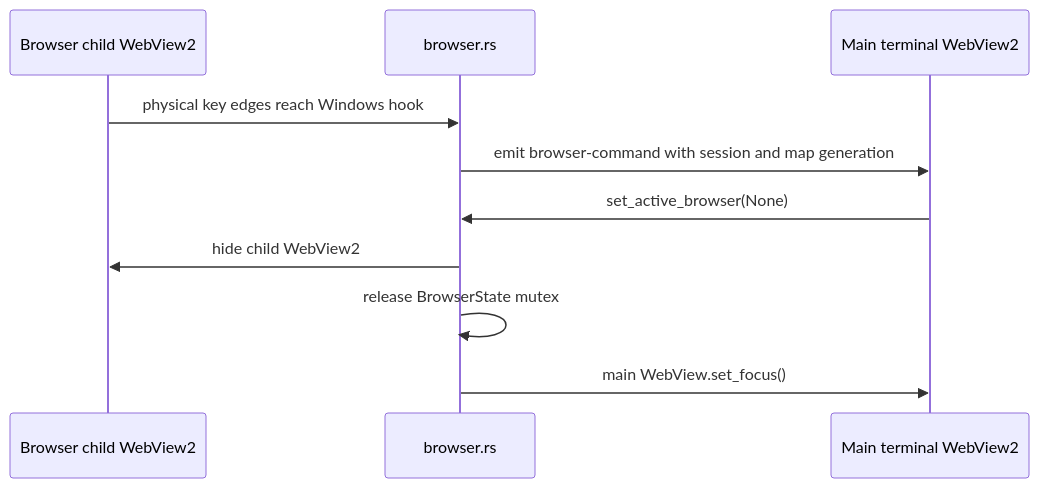
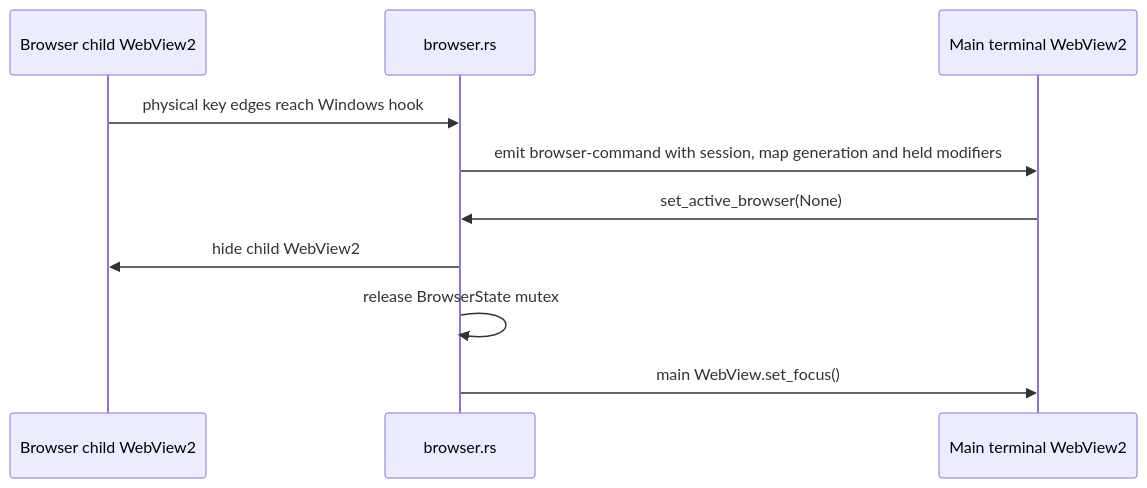
Before and after one commit to z-hunter/Scanline-Term: the fourth of 7 diagrams in docs/02-architecture.md, drawn with Mermaid. The commit also changed other lines of this file and 8 other files, not shown here.

````diff
--- a/docs/02-architecture.md
+++ b/docs/02-architecture.md
@@ -202,13 +202,13 @@
 ```mermaid
 sequenceDiagram
     participant Browser as Browser child WebView2
     participant Rust as browser.rs
     participant Main as Main terminal WebView2
 
     Browser->>Rust: physical key edges reach Windows hook
-    Rust->>Main: emit browser-command with session and map generation
+    Rust->>Main: emit browser-command with session, map generation and held modifiers
     Main->>Rust: set_active_browser(None)
     Rust->>Browser: hide child WebView2
     Rust->>Rust: release BrowserState mutex
     Rust->>Main: main WebView.set_focus()
 ```
````
